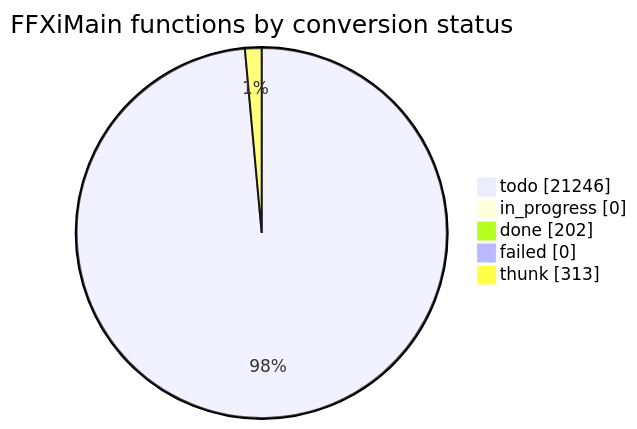
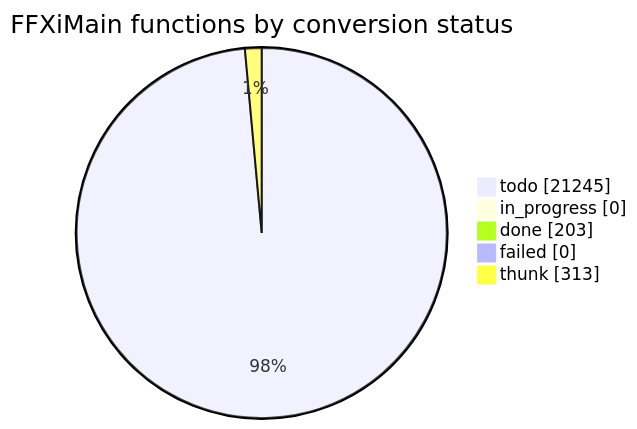
Before and after one commit to cowrevenge/cow_kuluu_xi_anything: the diagram in docs/cow/STATUS.md, drawn with Mermaid. The commit also changed other lines of this file and 9 other files, not shown here.

````diff
--- a/docs/cow/STATUS.md
+++ b/docs/cow/STATUS.md
@@ -18,9 +18,9 @@
 ```mermaid
 pie showData
     title FFXiMain functions by conversion status
-    "todo" : 21246
+    "todo" : 21245
     "in_progress" : 0
-    "done" : 202
+    "done" : 203
     "failed" : 0
     "thunk" : 313
 ```
````
